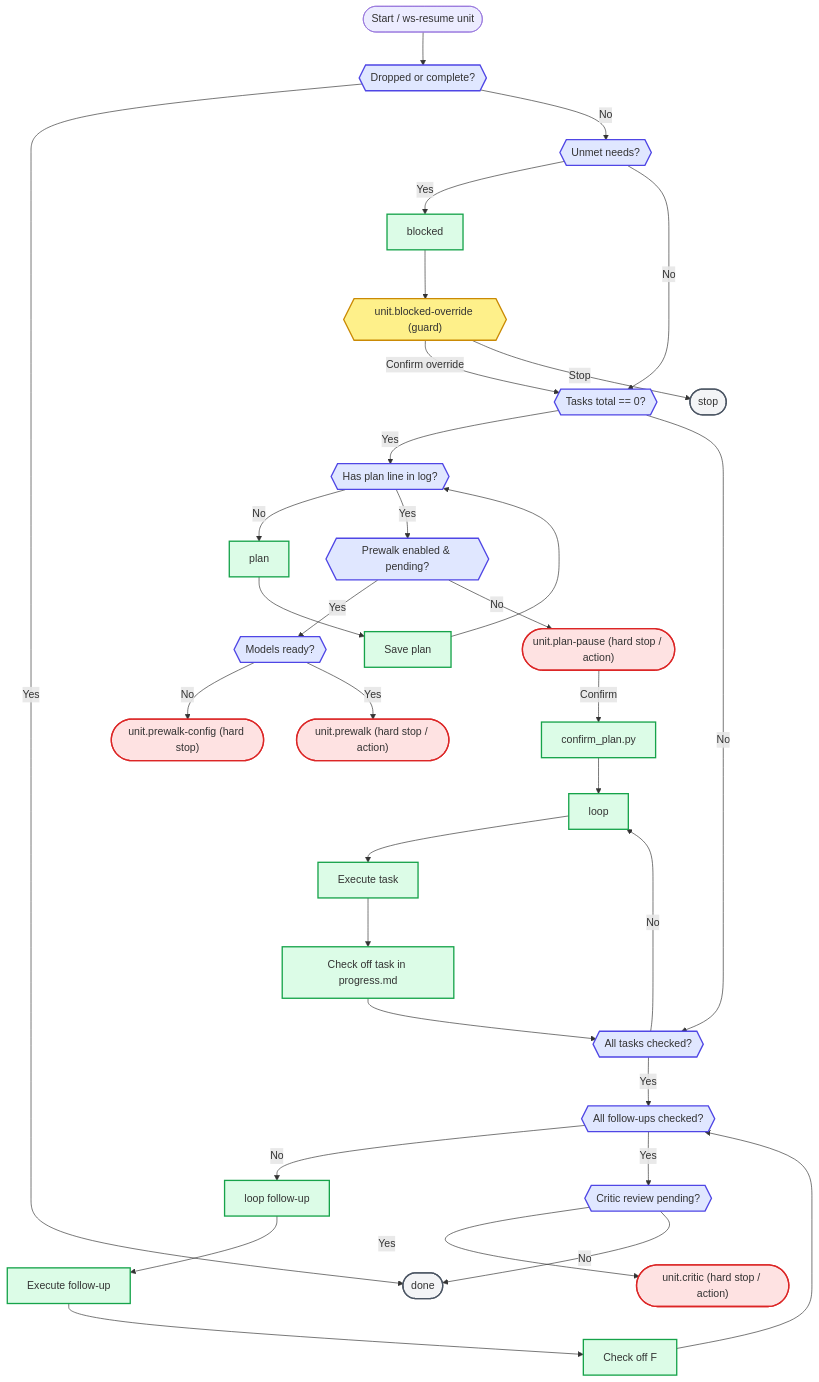
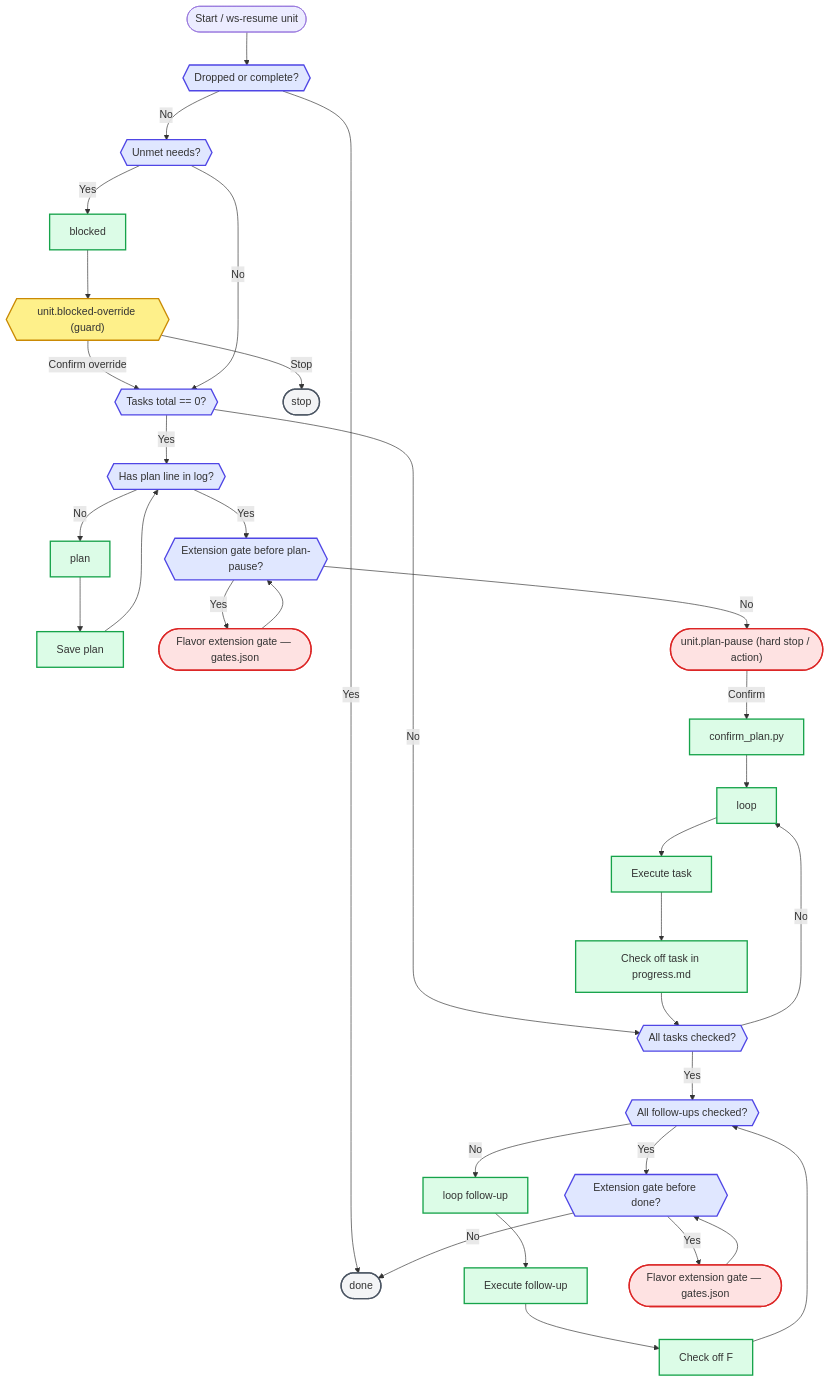
The diagram in plugins/workstreams/skills/ws/references/flows/diagrams/resume-unit.mmd (caioariede/claude-plugins), drawn with Mermaid before and after one commit. The commit also changed 2 other files, not shown here.

Commit message:
docs(workstreams): generic extension gates in resume-unit diagram

```diff
--- a/plugins/workstreams/skills/ws/references/flows/diagrams/resume-unit.mmd
+++ b/plugins/workstreams/skills/ws/references/flows/diagrams/resume-unit.mmd
@@ -1,51 +1,50 @@
 flowchart TD
     %% ws-resume unit execution flow
 
     start([Start / ws-resume unit]) --> check_terminal{{Dropped or complete?}}
     
     check_terminal -- Yes --> done([done])
     check_terminal -- No --> check_needs{{Unmet needs?}}
     
     check_needs -- Yes --> blocked[blocked]
     blocked --> guard_blocked{{"unit.blocked-override (guard)"}}
     guard_blocked -- Confirm override --> check_zero_tasks
     guard_blocked -- Stop --> stop_blocked([stop])
     
     check_needs -- No --> check_zero_tasks{{Tasks total == 0?}}
     
     check_zero_tasks -- Yes --> check_plan_line{{Has plan line in log?}}
     check_plan_line -- No --> plan[plan]
     plan --> plan_save[Save plan] --> check_plan_line
     
-    check_plan_line -- Yes --> check_prewalk{{Prewalk enabled & pending?}}
-    check_prewalk -- Yes --> check_models{{Models ready?}}
-    check_models -- No --> prewalk_config(["unit.prewalk-config (hard stop)"])
-    check_models -- Yes --> prewalk(["unit.prewalk (hard stop / action)"])
-    
-    check_prewalk -- No --> plan_pause(["unit.plan-pause (hard stop / action)"])
+    check_plan_line -- Yes --> pre_plan_ext{{Extension gate before plan-pause?}}
+    pre_plan_ext -- Yes --> pre_plan_gate(["Flavor extension gate — gates.json"])
+    pre_plan_gate --> pre_plan_ext
+    pre_plan_ext -- No --> plan_pause(["unit.plan-pause (hard stop / action)"])
     plan_pause -- Confirm --> confirm_plan[confirm_plan.py] --> loop
     
     check_zero_tasks -- No --> check_tasks{{All tasks checked?}}
     check_tasks -- No --> loop[loop]
     loop --> execute_task[Execute task] --> check_off_task[Check off task in progress.md] --> check_tasks
     
     check_tasks -- Yes --> check_followups{{All follow-ups checked?}}
     check_followups -- No --> loop_fu[loop follow-up]
     loop_fu --> execute_fu[Execute follow-up] --> check_off_fu[Check off F<n>] --> check_followups
     
-    check_followups -- Yes --> check_critic{{Critic review pending?}}
-    check_critic -- Yes --> critic(["unit.critic (hard stop / action)"])
-    check_critic -- No --> done
+    check_followups -- Yes --> post_loop_ext{{Extension gate before done?}}
+    post_loop_ext -- Yes --> post_loop_gate(["Flavor extension gate — gates.json"])
+    post_loop_gate --> post_loop_ext
+    post_loop_ext -- No --> done
 
     classDef picker fill:#fef3c7,stroke:#d97706,stroke-width:2px;
     classDef action_stop fill:#fee2e2,stroke:#dc2626,stroke-width:2px;
     classDef terminal fill:#f3f4f6,stroke:#4b5563,stroke-width:2px;
     classDef condition fill:#e0e7ff,stroke:#4f46e5,stroke-width:2px;
     classDef action fill:#dcfce7,stroke:#16a34a,stroke-width:2px;
     classDef guard fill:#fef08a,stroke:#ca8a04,stroke-width:2px;
 
-    class prewalk,prewalk_config,plan_pause,critic action_stop;
+    class pre_plan_gate,post_loop_gate,plan_pause action_stop;
     class done,stop_blocked terminal;
-    class check_terminal,check_needs,check_zero_tasks,check_plan_line,check_prewalk,check_models,check_tasks,check_followups,check_critic condition;
+    class check_terminal,check_needs,check_zero_tasks,check_plan_line,pre_plan_ext,check_tasks,check_followups,post_loop_ext condition;
     class plan,loop,loop_fu,confirm_plan,execute_task,check_off_task,execute_fu,check_off_fu,plan_save,blocked action;
     class guard_blocked guard;
```
